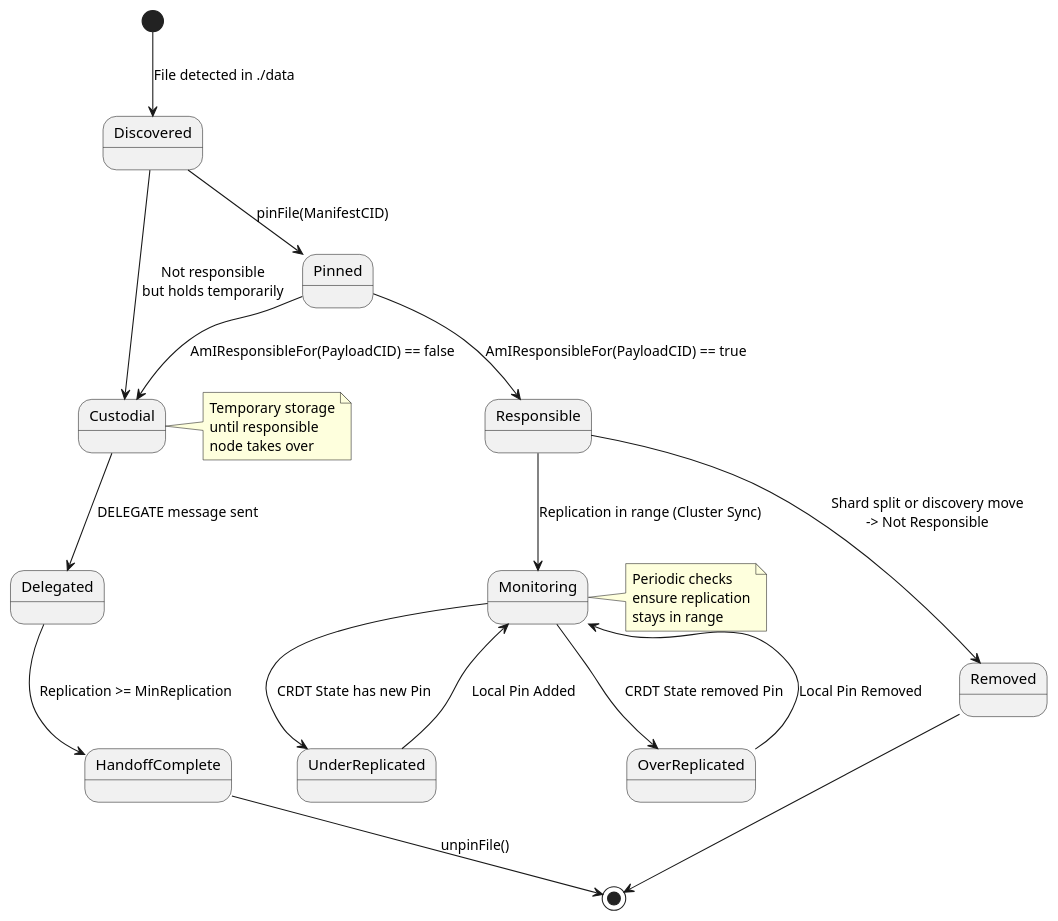
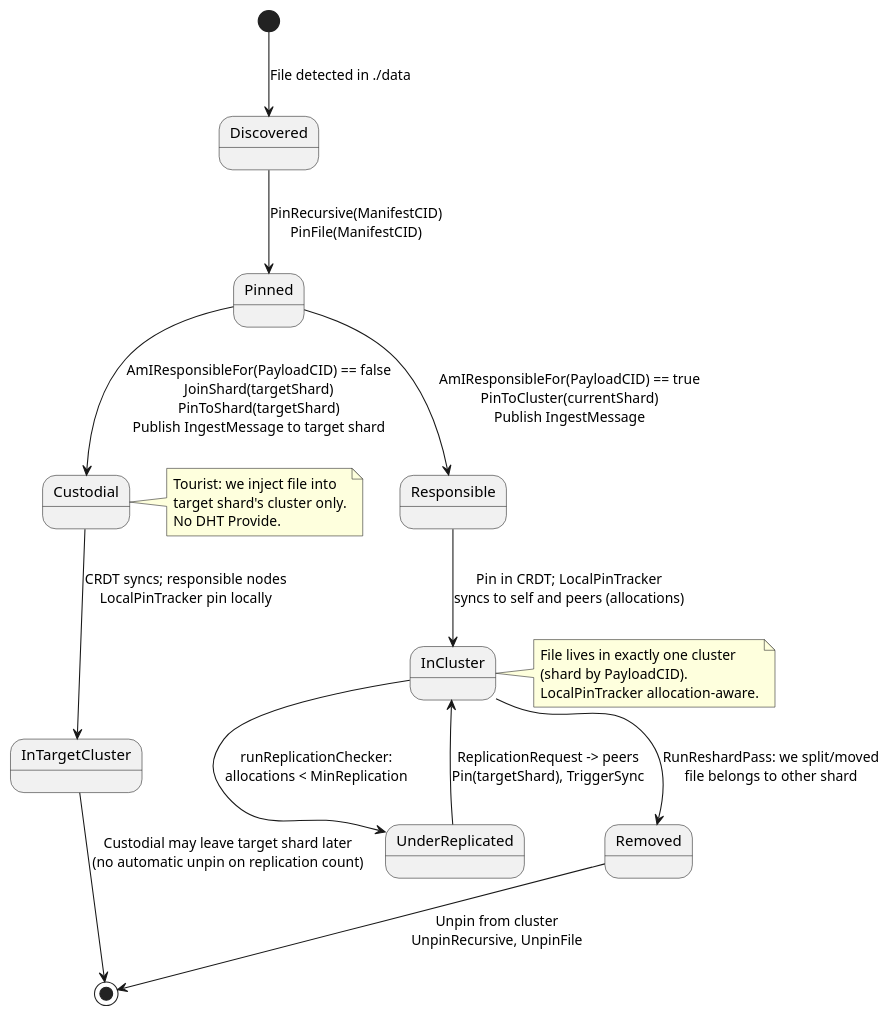
Before and after one commit to gipplab/D-LOCKSS: the diagram in docs/file_lifecycle_state.puml, drawn with PlantUML. The commit also changed 22 other files, not shown here.

```diff
--- a/docs/file_lifecycle_state.puml
+++ b/docs/file_lifecycle_state.puml
@@ -1,37 +1,34 @@
 @startuml File Lifecycle State Diagram
 
 [*] --> Discovered: File detected in ./data
 
-Discovered --> Pinned: pinFile(ManifestCID)
-Discovered --> Custodial: Not responsible\nbut holds temporarily
+Discovered --> Pinned: PinRecursive(ManifestCID)\nPinFile(ManifestCID)
 
-Pinned --> Responsible: AmIResponsibleFor(PayloadCID) == true
-Pinned --> Custodial: AmIResponsibleFor(PayloadCID) == false
+Pinned --> Responsible: AmIResponsibleFor(PayloadCID) == true\nPinToCluster(currentShard)\nPublish IngestMessage
+Pinned --> Custodial: AmIResponsibleFor(PayloadCID) == false\nJoinShard(targetShard)\nPinToShard(targetShard)\nPublish IngestMessage to target shard
 
-Custodial --> Delegated: DELEGATE message sent
-Delegated --> HandoffComplete: Replication >= MinReplication
-HandoffComplete --> [*]: unpinFile()
+Custodial --> InTargetCluster: CRDT syncs; responsible nodes\nLocalPinTracker pin locally
 
-Responsible --> Monitoring: Replication in range (Cluster Sync)
-Monitoring --> UnderReplicated: CRDT State has new Pin
-Monitoring --> OverReplicated: CRDT State removed Pin
+Responsible --> InCluster: Pin in CRDT; LocalPinTracker\nsyncs to self and peers (allocations)
 
-UnderReplicated --> Monitoring: Local Pin Added
-OverReplicated --> Monitoring: Local Pin Removed
+InCluster --> UnderReplicated: runReplicationChecker:\nallocations < MinReplication
+UnderReplicated --> InCluster: ReplicationRequest -> peers\nPin(targetShard), TriggerSync
 
-Responsible --> Removed: Shard split or discovery move\n-> Not Responsible
-Removed --> [*]
+InCluster --> Removed: RunReshardPass: we split/moved\nfile belongs to other shard
+Removed --> [*]: Unpin from cluster\nUnpinRecursive, UnpinFile
+
+InTargetCluster --> [*]: Custodial may leave target shard later\n(no automatic unpin on replication count)
 
 note right of Custodial
-    Temporary storage
-    until responsible
-    node takes over
+    Tourist: we inject file into
+    target shard's cluster only.
+    No DHT Provide.
 end note
 
-note right of Monitoring
-    Periodic checks
-    ensure replication
-    stays in range
+note right of InCluster
+    File lives in exactly one cluster
+    (shard by PayloadCID).
+    LocalPinTracker allocation-aware.
 end note
 
 @enduml
```
